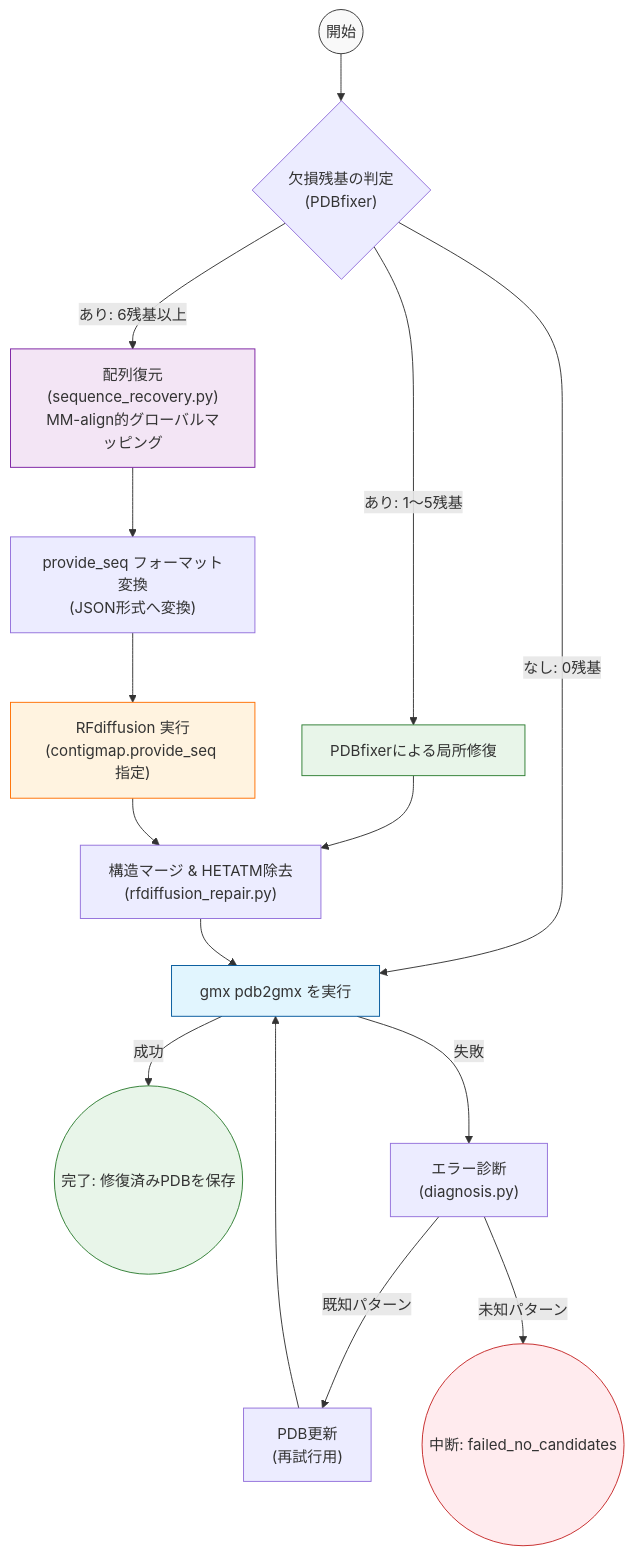
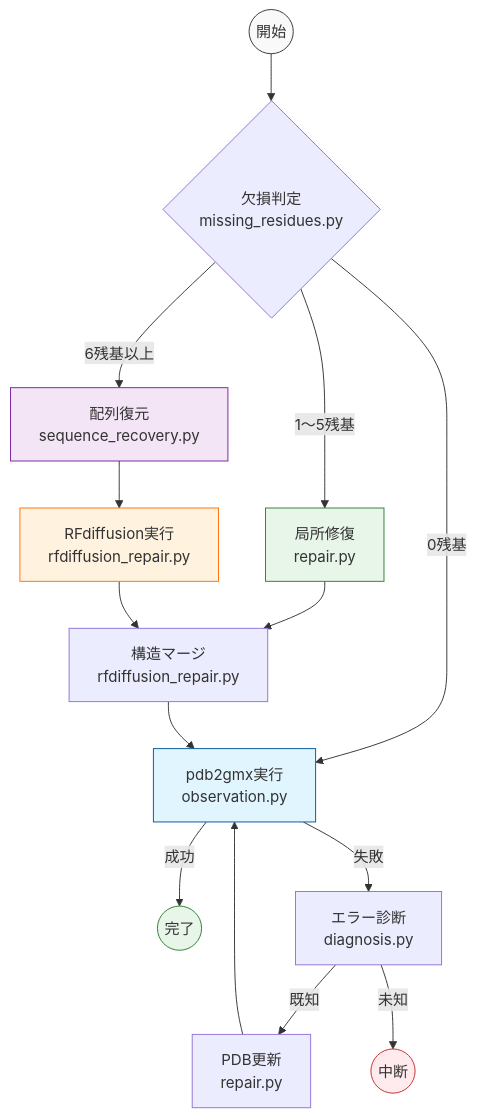
Before and after one commit to nakamura26002002921-a11y/gromacs_recovery: the first of 3 diagrams in README.md, drawn with Mermaid.

````diff
--- a/README.md
+++ b/README.md
@@ -9,32 +9,30 @@
 ```mermaid
 graph TD
-    Start(("開始")) --> Check{"欠損残基の判定<br>(PDBfixer)"}
+    Start(("開始")) --> Check{"欠損判定<br>missing_residues.py"}
     
-    Check -->|あり: 6残基以上| SeqRec["配列復元<br>(sequence_recovery.py)<br>MM-align的グローバルマッピング"]
-    Check -->|あり: 1〜5残基| PDBFix["PDBfixerによる局所修復"]
-    Check -->|なし: 0残基| RunGmx["gmx pdb2gmx を実行"]
+    Check -->|6残基以上| SeqRec["配列復元<br>sequence_recovery.py"]
+    Check -->|1〜5残基| PDBFix["局所修復<br>repair.py"]
+    Check -->|0残基| RunGmx["pdb2gmx実行<br>observation.py"]
     
-    SeqRec --> FormatSeq["provide_seq フォーマット変換<br>(JSON形式へ変換)"]
-    FormatSeq --> RFDiff["RFdiffusion 実行<br>(contigmap.provide_seq 指定)"]
-    
-    PDBFix --> Merge["構造マージ & HETATM除去<br>(rfdiffusion_repair.py)"]
+    SeqRec --> RFDiff["RFdiffusion実行<br>rfdiffusion_repair.py"]
+    PDBFix --> Merge["構造マージ<br>rfdiffusion_repair.py"]
     RFDiff --> Merge
     
     Merge --> RunGmx
     
-    RunGmx -->|成功| Save(("完了: 修復済みPDBを保存"))
-    RunGmx -->|失敗| Diag["エラー診断<br>(diagnosis.py)"]
+    RunGmx -->|成功| Save(("完了"))
+    RunGmx -->|失敗| Diag["エラー診断<br>diagnosis.py"]
     
-    Diag -->|既知パターン| Update["PDB更新<br>(再試行用)"]
-    Diag -->|未知パターン| Fail(("中断: failed_no_candidates"))
+    Diag -->|既知| Update["PDB更新<br>repair.py"]
+    Diag -->|未知| Fail(("中断"))
     
     Update --> RunGmx
 
     style Start fill:#f9f9f9,stroke:#333
     style RunGmx fill:#e1f5fe,stroke:#01579b
     style RFDiff fill:#fff3e0,stroke:#ff6f00
     style PDBFix fill:#e8f5e9,stroke:#2e7d32
     style SeqRec fill:#f3e5f5,stroke:#7b1fa2
     style Save fill:#e8f5e9,stroke:#2e7d32
     style Fail fill:#ffebee,stroke:#c62828
 ```
````
